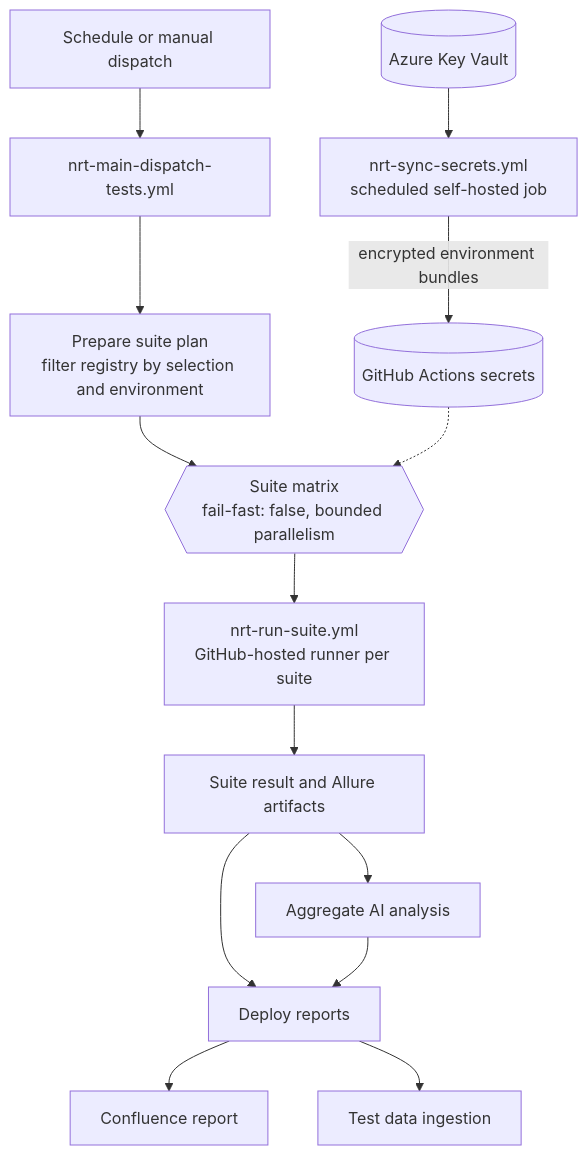
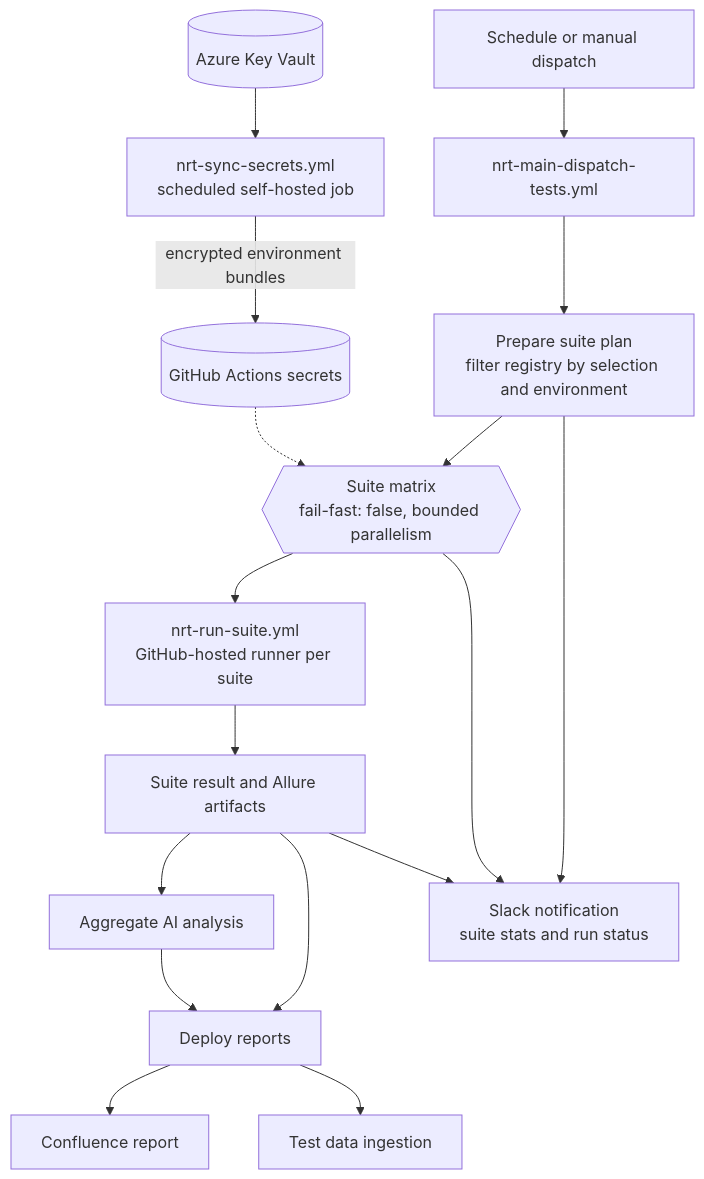
Before and after one commit to pagopa/pagopa-platform-integration-test: the diagram in docs/nrt/nrt-process-architecture.md, drawn with Mermaid. The commit also changed other lines of this file and 2 other files, not shown here.

Commit message:
feat: add slck notification

````diff
--- a/docs/nrt/nrt-process-architecture.md
+++ b/docs/nrt/nrt-process-architecture.md
@@ -22,17 +22,20 @@
 ```mermaid
 flowchart TD
     KV[(Azure Key Vault)] --> SY[nrt-sync-secrets.yml<br/>scheduled self-hosted job]
     SY -->|encrypted environment bundles| GH[(GitHub Actions secrets)]
 
     U[Schedule or manual dispatch] --> MD[nrt-main-dispatch-tests.yml]
     MD --> PREP[Prepare suite plan<br/>filter registry by selection and environment]
     PREP --> MAT{{Suite matrix<br/>fail-fast: false, bounded parallelism}}
     GH -.-> MAT
     MAT --> RUN[nrt-run-suite.yml<br/>GitHub-hosted runner per suite]
     RUN --> RA[Suite result and Allure artifacts]
     RA --> AI[Aggregate AI analysis]
     RA --> DEP[Deploy reports]
     AI --> DEP
+    RA --> SL[Slack notification<br/>suite stats and run status]
+    PREP --> SL
+    MAT --> SL
     DEP --> CON[Confluence report]
     DEP --> DATA[Test data ingestion]
 ```
````
